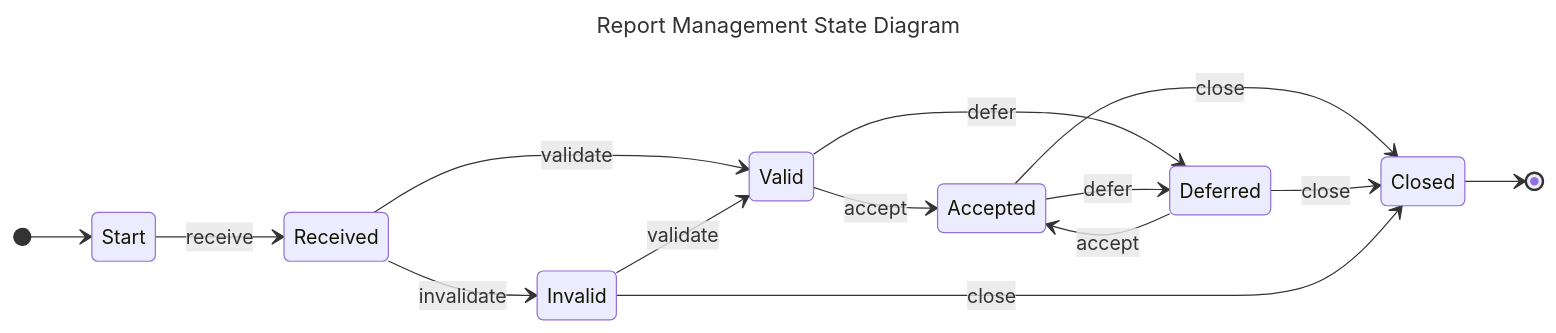
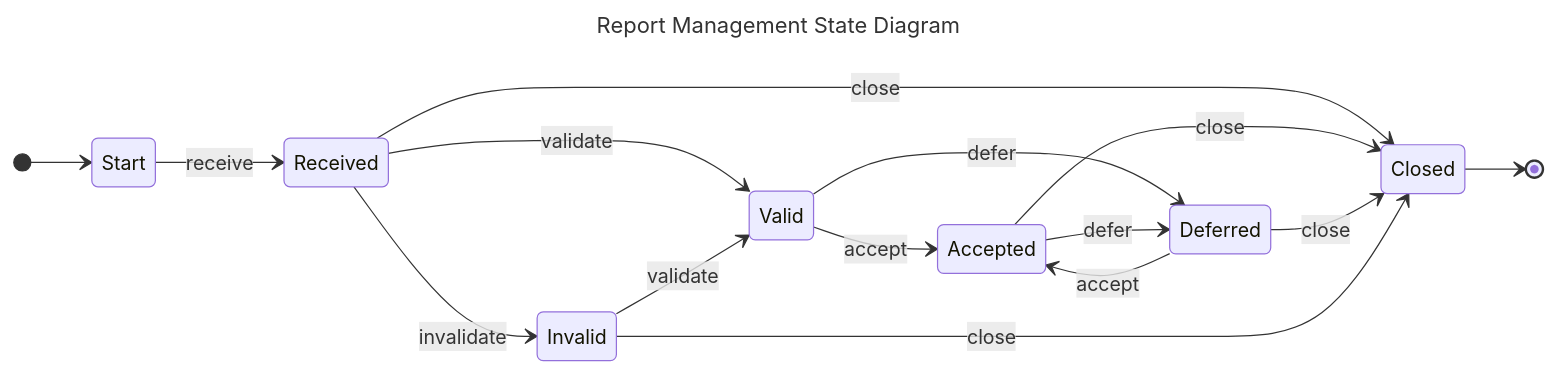
The diagram in docs/topics/process_models/rm/rm_state_machine_diagram.md (CERTCC/Vultron), drawn with Mermaid before and after one commit. The commit also changed 40 other files, not shown here.

````diff
--- a/docs/topics/process_models/rm/rm_state_machine_diagram.md
+++ b/docs/topics/process_models/rm/rm_state_machine_diagram.md
@@ -1,28 +1,29 @@
 ```mermaid
 ---
 title: Report Management State Diagram
 ---
 stateDiagram-v2
     direction LR
     S: Start
     R: Received
     I: Invalid
     V: Valid
     D: Deferred
     A: Accepted
     C: Closed
 
     [*] --> S
     S --> R : receive
     R --> I: invalidate
     R --> V : validate
     I --> V : validate
     V --> A : accept
     V --> D : defer
     A --> D : defer
     D --> A : accept
+    R --> C : close
     A --> C : close
     D --> C : close
     I --> C : close
     C --> [*]
 ```
````
